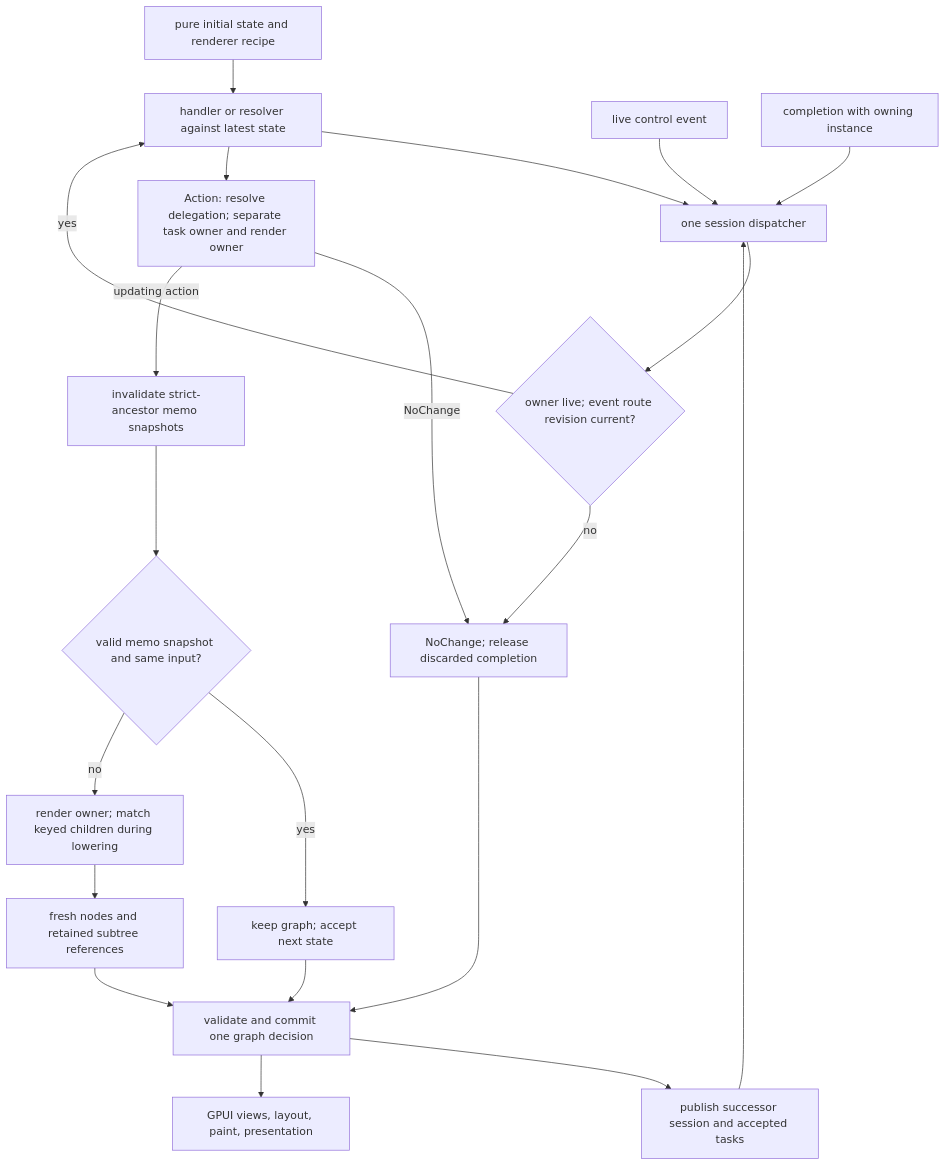
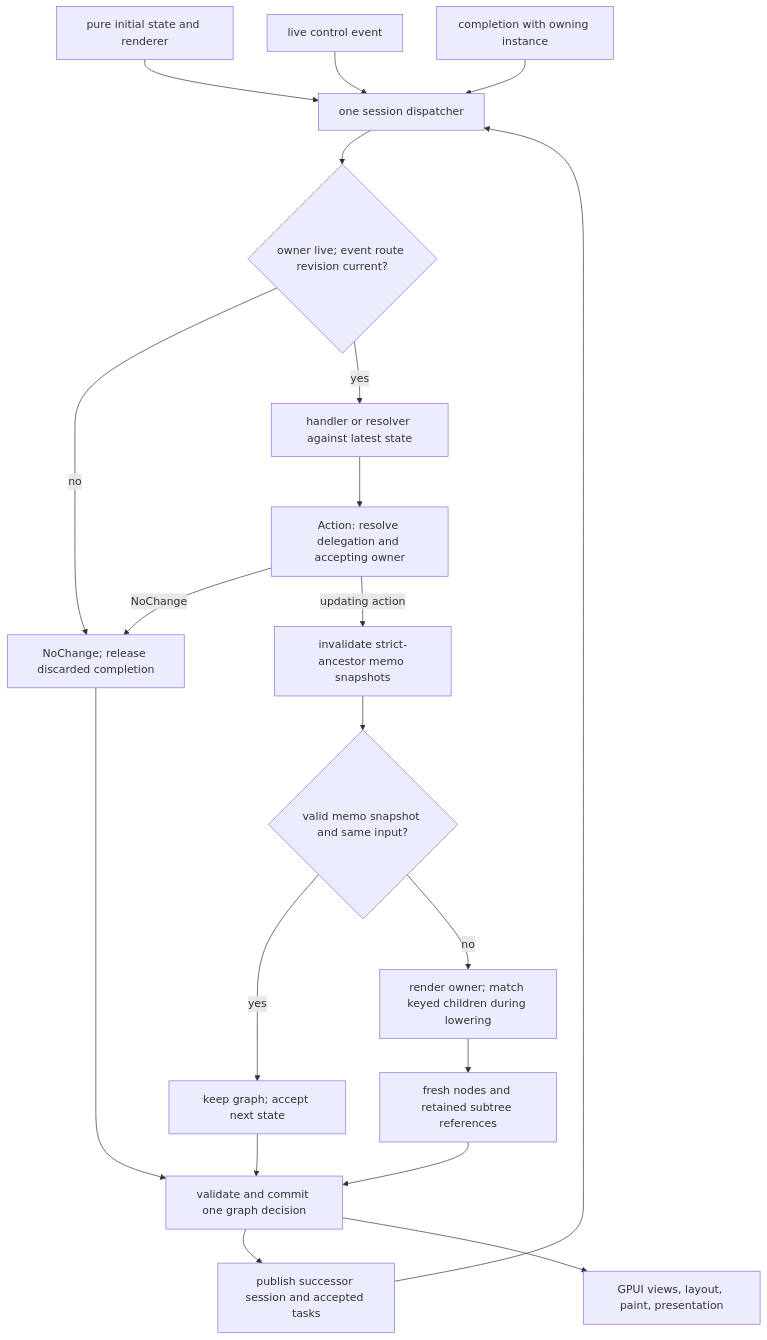
Before and after one commit to lukewilliamboswell/roc-gui: the first of 2 diagrams in docs/architecture.adoc, drawn with Mermaid. The commit also changed other lines of this file and 361 other files, not shown here.

```diff
--- a/docs/architecture.adoc
+++ b/docs/architecture.adoc
@@ -26,24 +26,23 @@
 [mermaid]
 ....
 flowchart TB
-    S["pure initial state and renderer recipe"] --> A["platform assembles immutable definitions once"]
-    A --> D["one session dispatcher"]
+    S["pure initial state and renderer"] --> D["one session dispatcher"]
     E["live control event"] --> D
     T["completion with owning instance"] --> D
     D --> L{"owner live; event route revision current?"}
     L -->|no| N["NoChange; release discarded completion"]
     L -->|yes| A["handler or resolver against latest state"]
-    A --> O["Action: resolve delegation; separate task owner and render owner"]
+    A --> O["Action: resolve delegation and accepting owner"]
     O -->|NoChange| N
     O -->|updating action| I["invalidate strict-ancestor memo snapshots"]
     I --> C{"valid memo snapshot and same input?"}
     C -->|yes| R["keep graph; accept next state"]
     C -->|no| V["render owner; match keyed children during lowering"]
     V --> F["fresh nodes and retained subtree references"]
     R --> G
     N --> G["validate and commit one graph decision"]
     F --> G
     G --> P["publish successor session and accepted tasks"]
     P --> D
     G --> W["GPUI views, layout, paint, presentation"]
 ....
```
